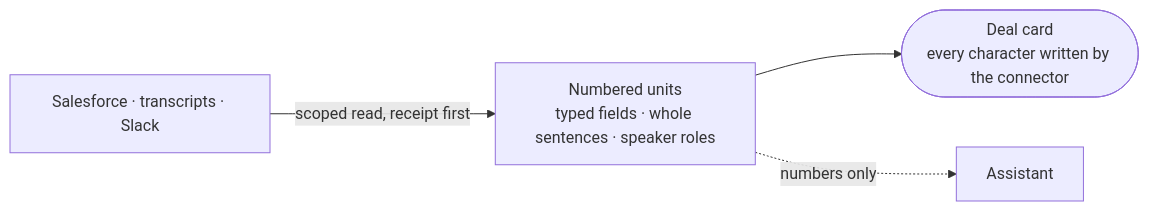
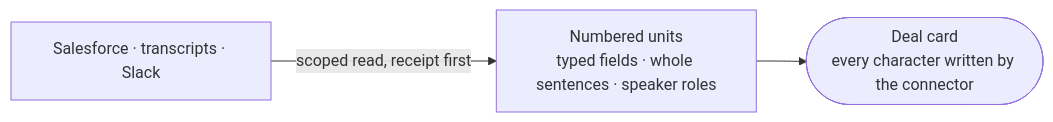
Before and after one commit to pwngh/gtm-connector: the diagram in README.md, drawn with Mermaid. The commit also changed other lines of this file and 15 other files, not shown here.

````diff
--- a/README.md
+++ b/README.md
@@ -53,6 +53,5 @@
 ```mermaid
 flowchart LR
     S["Salesforce · transcripts · Slack"] -->|"scoped read, receipt first"| U["Numbered units<br/>typed fields · whole sentences · speaker roles"]
     U --> C(["Deal card<br/>every character written by the connector"])
-    U -.->|"numbers only"| A["Assistant"]
 ```
````
